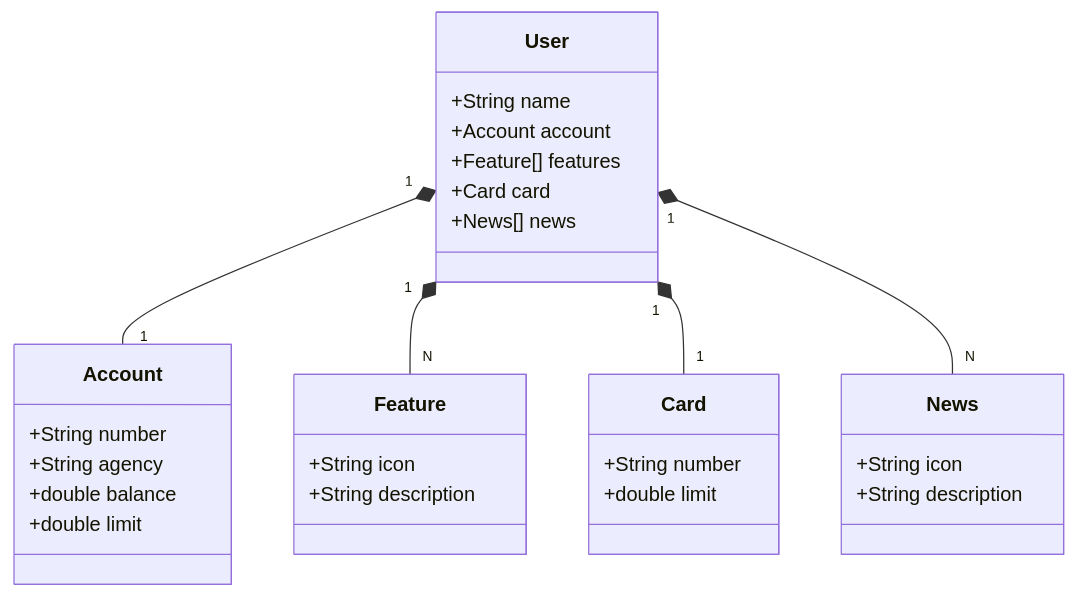
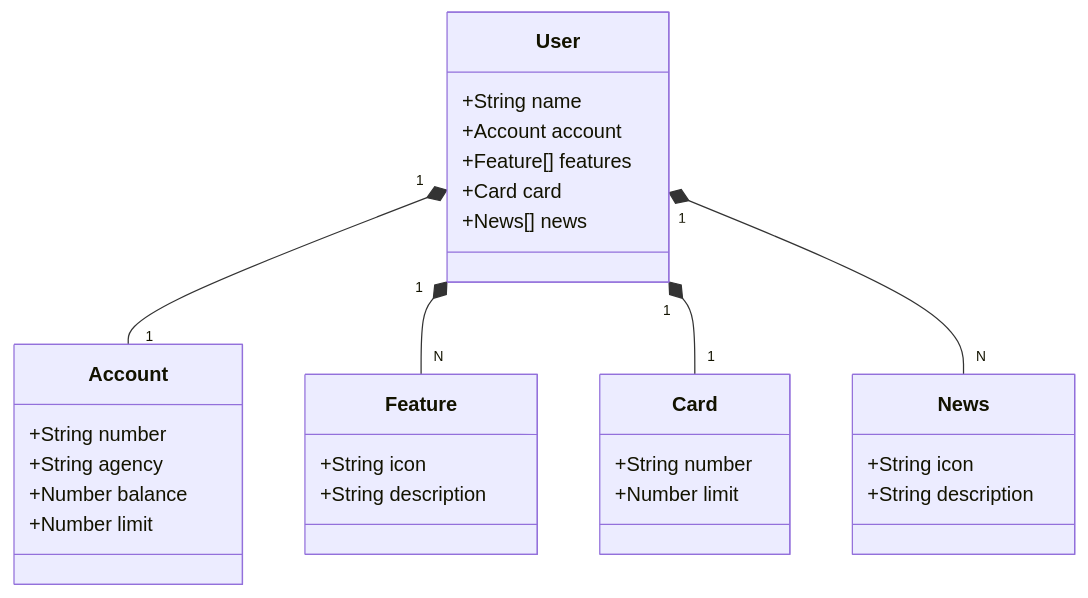
One commit to viniciussiqueira-dev/decola-tech-2025-avanade changed the diagram in README.md. Above: the diagram before and after it, drawn with Mermaid.

````diff
--- a/README.md
+++ b/README.md
@@ -6,37 +6,37 @@
 ```mermaid 
 classDiagram
     class User {
         +String name
         +Account account
         +Feature[] features
         +Card card
         +News[] news
     }
 
     class Account {
         +String number
         +String agency
-        +double balance
-        +double limit
+        +Number balance
+        +Number limit
     }
 
     class Feature {
         +String icon
         +String description
     }
 
     class Card {
         +String number
-        +double limit
+        +Number limit
     }
 
     class News {
         +String icon
         +String description
     }
 
     User "1" *-- "1" Account
     User "1" *-- "N" Feature
     User "1" *-- "1" Card
     User "1" *-- "N" News
 ```
````
